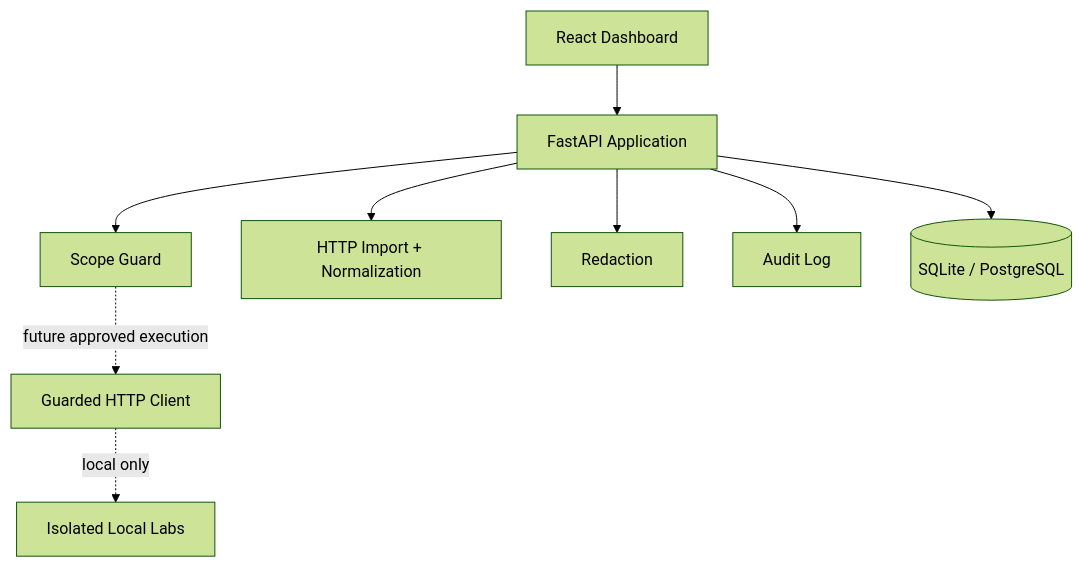
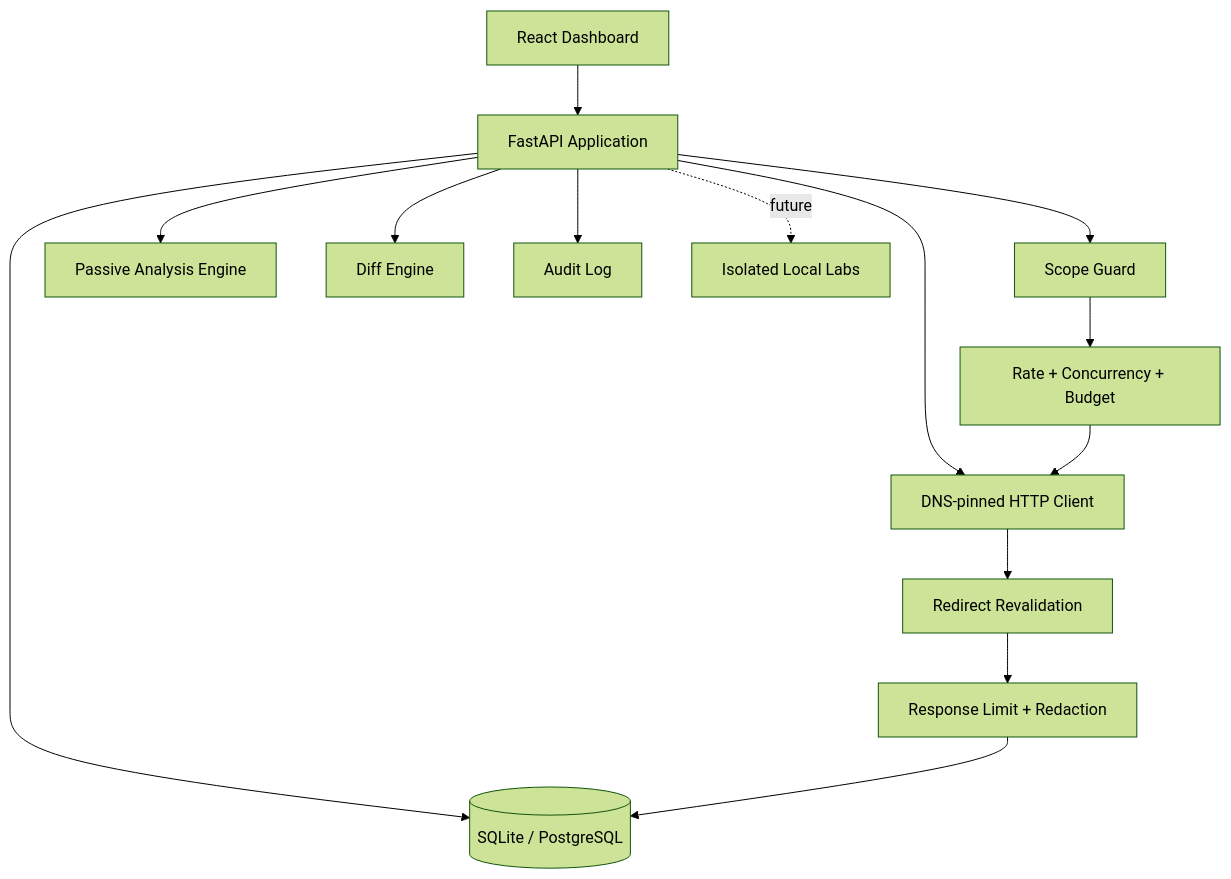
One commit to MintKangaroo/WebHacking_Lab changed the first of 2 diagrams in README.md. Above: the diagram before and after it, drawn with Mermaid (forest theme). The commit also changed other lines of this file and 9 other files, not shown here.

````diff
--- a/README.md
+++ b/README.md
@@ -91,11 +120,16 @@
 ```mermaid
 flowchart TD
     UI[React Dashboard] --> API[FastAPI Application]
     API --> SG[Scope Guard]
-    API --> IM[HTTP Import + Normalization]
-    API --> RD[Redaction]
+    API --> HC[DNS-pinned HTTP Client]
+    API --> AN[Passive Analysis Engine]
+    API --> DF[Diff Engine]
     API --> AU[Audit Log]
     API --> DB[(SQLite / PostgreSQL)]
-    SG -. future approved execution .-> HC[Guarded HTTP Client]
-    HC -. local only .-> LAB[Isolated Local Labs]
+    SG --> RL[Rate + Concurrency + Budget]
+    RL --> HC
+    HC --> RG[Redirect Revalidation]
+    RG --> RD[Response Limit + Redaction]
+    RD --> DB
+    API -. future .-> LAB[Isolated Local Labs]
 ```
````
